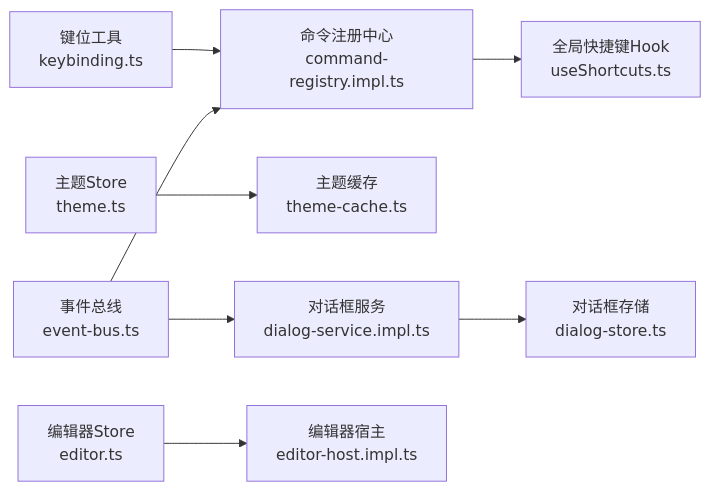
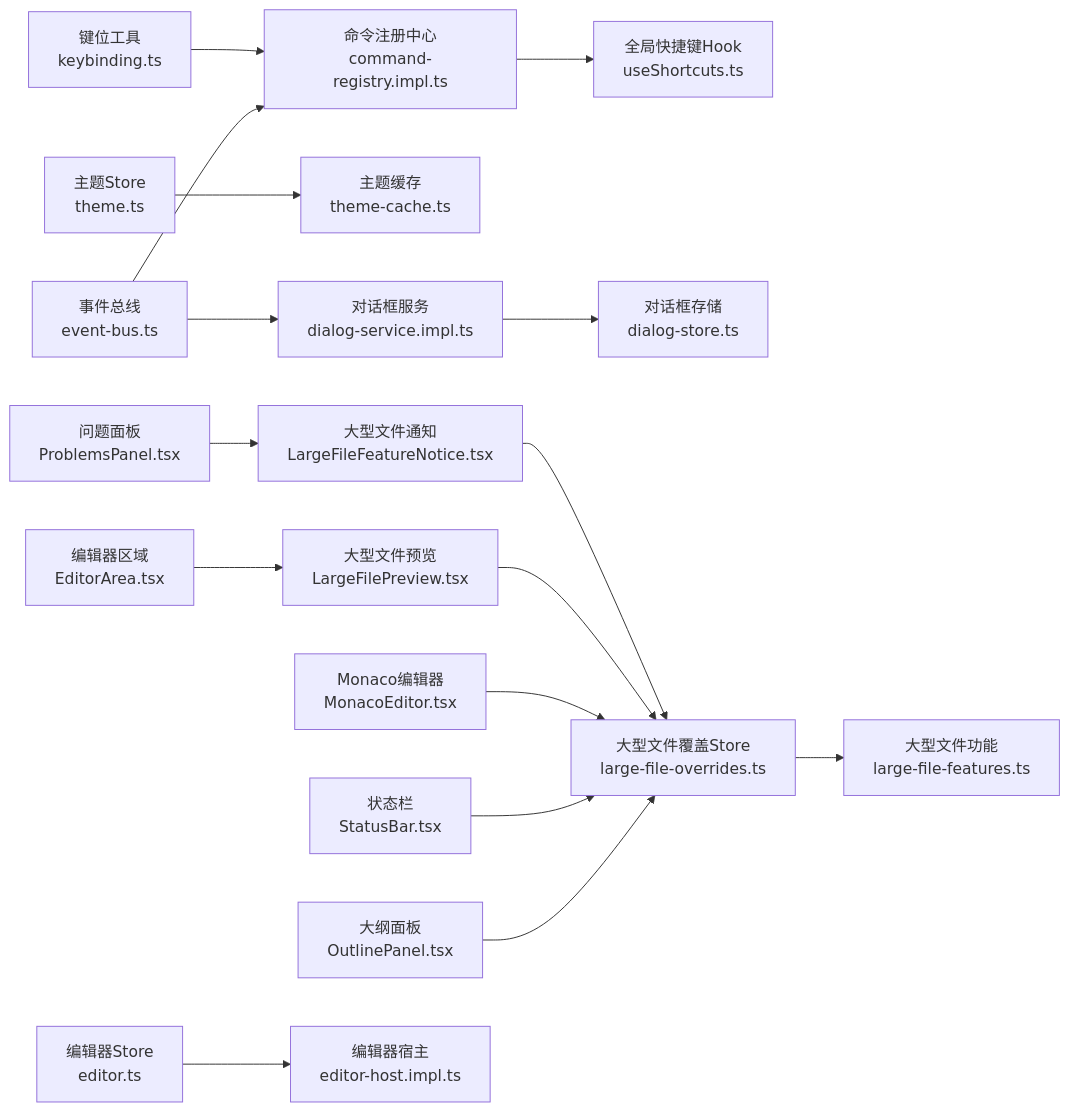
One commit to guoke92/noteforge changed diagram 12 of 12 in .qoder/repowiki/zh/content/项目概述/核心特性/用户体验增强功能.md. Above: the diagram before and after it, drawn with Mermaid. The commit also changed other lines of this file and 113 other files, not shown here.

````diff
--- a/.qoder/repowiki/zh/content/项目概述/核心特性/用户体验增强功能.md
+++ b/.qoder/repowiki/zh/content/项目概述/核心特性/用户体验增强功能.md
@@ -430,10 +619,18 @@
 ```mermaid
 graph LR
 KT["键位工具<br/>keybinding.ts"] --> CR["命令注册中心<br/>command-registry.impl.ts"]
 CR --> US["全局快捷键Hook<br/>useShortcuts.ts"]
 ZT["主题Store<br/>theme.ts"] --> KC["主题缓存<br/>theme-cache.ts"]
 DS["对话框服务<br/>dialog-service.impl.ts"] --> DZ["对话框存储<br/>dialog-store.ts"]
+ZLF["大型文件覆盖Store<br/>large-file-overrides.ts"] --> LF["大型文件功能<br/>large-file-features.ts"]
+LFN["大型文件通知<br/>LargeFileFeatureNotice.tsx"] --> ZLF
+LFP["大型文件预览<br/>LargeFilePreview.tsx"] --> ZLF
+EA["编辑器区域<br/>EditorArea.tsx"] --> LFP
+ME["Monaco编辑器<br/>MonacoEditor.tsx"] --> ZLF
+PP["问题面板<br/>ProblemsPanel.tsx"] --> LFN
+SB["状态栏<br/>StatusBar.tsx"] --> ZLF
+OP["大纲面板<br/>OutlinePanel.tsx"] --> ZLF
 ZE["编辑器Store<br/>editor.ts"] --> EH["编辑器宿主<br/>editor-host.impl.ts"]
 EB["事件总线<br/>event-bus.ts"] --> CR
 EB --> DS
 ```
````
